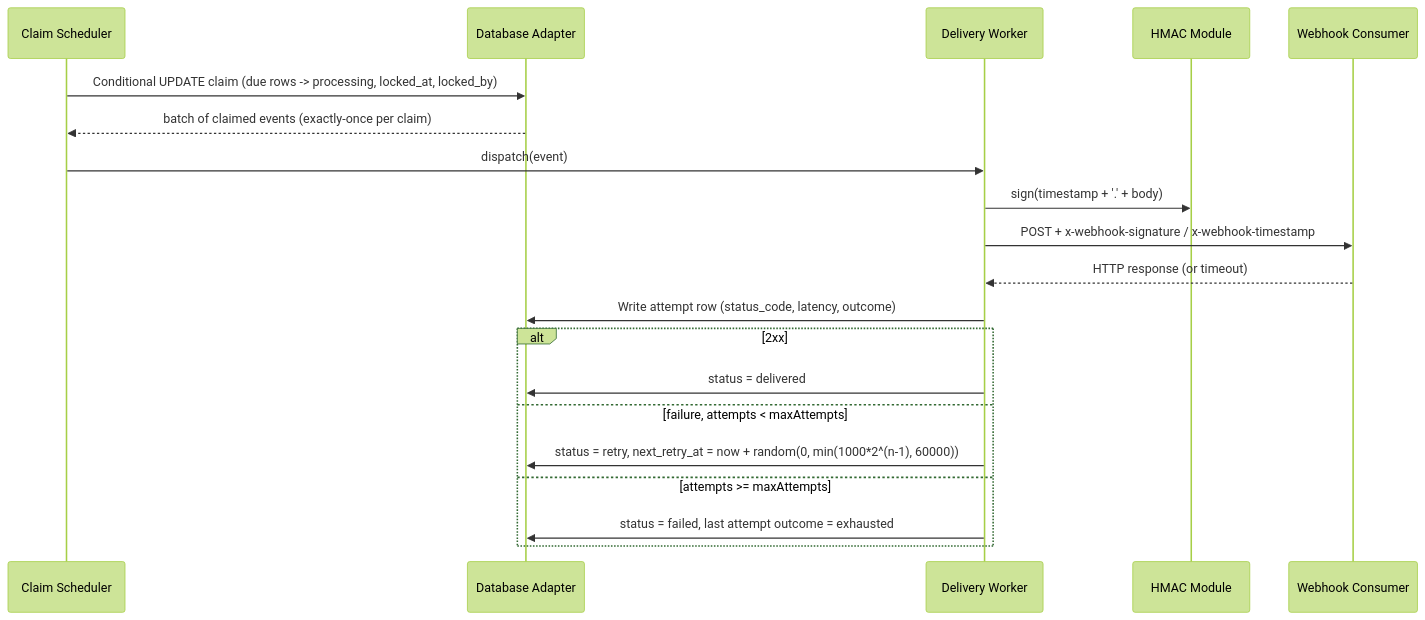
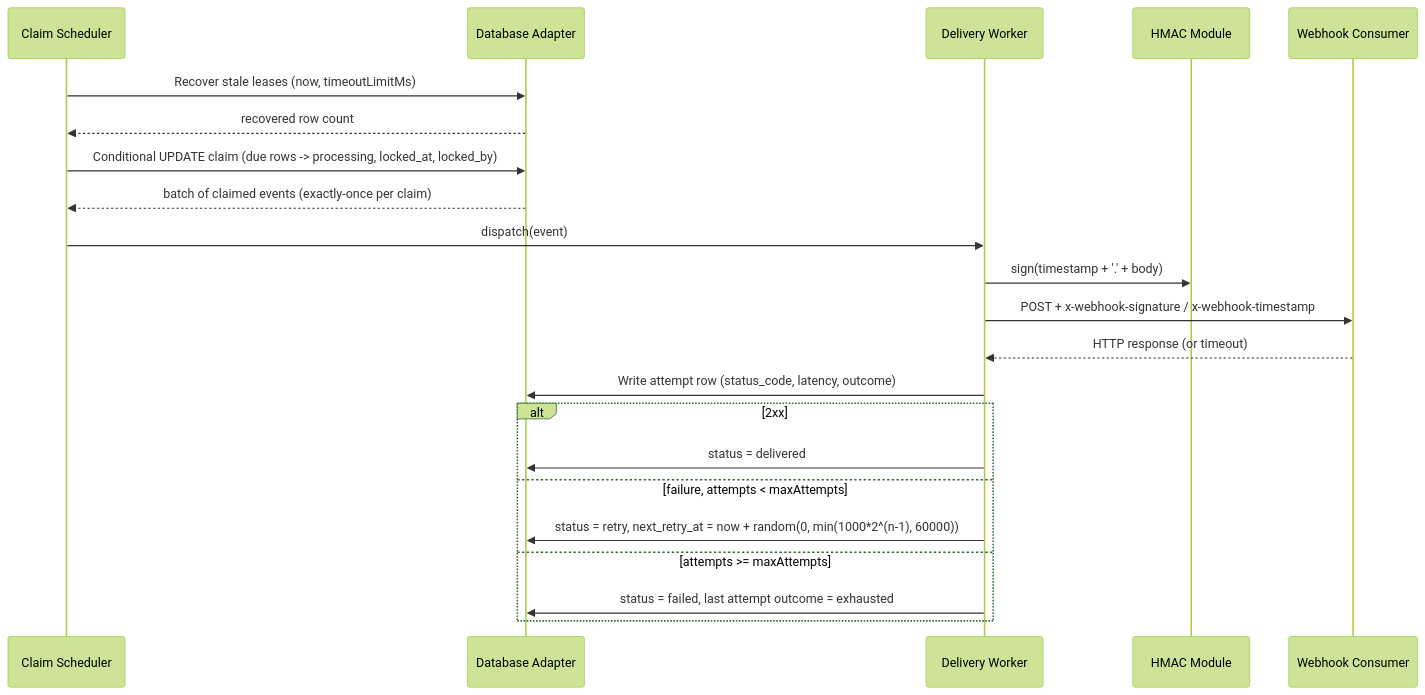
One commit to hamidjavadi/webhook-delivery-engine changed the third of 3 diagrams in docs/02-design/SDD.md. Above: the diagram before and after it, drawn with Mermaid (forest theme). The commit also changed other lines of this file and 11 other files, not shown here.

Commit message:
feat(storage): recover stale SQLite leases (closes #33)

````diff
--- a/docs/02-design/SDD.md
+++ b/docs/02-design/SDD.md
@@ -238,22 +240,24 @@
 ```mermaid
 sequenceDiagram
     participant Sched as Claim Scheduler
     participant DB as Database Adapter
     participant Work as Delivery Worker
     participant HMAC as HMAC Module
     participant Cons as Webhook Consumer
+    Sched->>DB: Recover stale leases (now, timeoutLimitMs)
+    DB-->>Sched: recovered row count
     Sched->>DB: Conditional UPDATE claim (due rows -> processing, locked_at, locked_by)
     DB-->>Sched: batch of claimed events (exactly-once per claim)
     Sched->>Work: dispatch(event)
     Work->>HMAC: sign(timestamp + '.' + body)
     Work->>Cons: POST + x-webhook-signature / x-webhook-timestamp
     Cons-->>Work: HTTP response (or timeout)
     Work->>DB: Write attempt row (status_code, latency, outcome)
     alt 2xx
         Work->>DB: status = delivered
     else failure, attempts < maxAttempts
         Work->>DB: status = retry, next_retry_at = now + random(0, min(1000*2^(n-1), 60000))
     else attempts >= maxAttempts
         Work->>DB: status = failed, last attempt outcome = exhausted
     end
 ```
````
